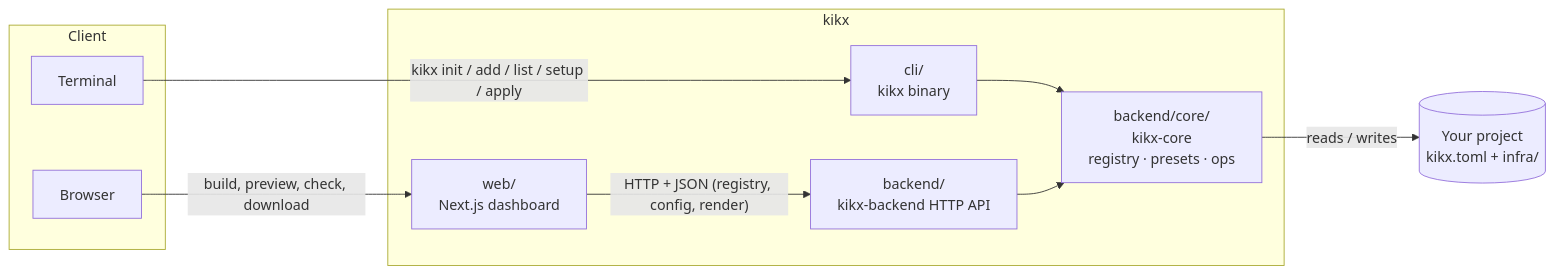
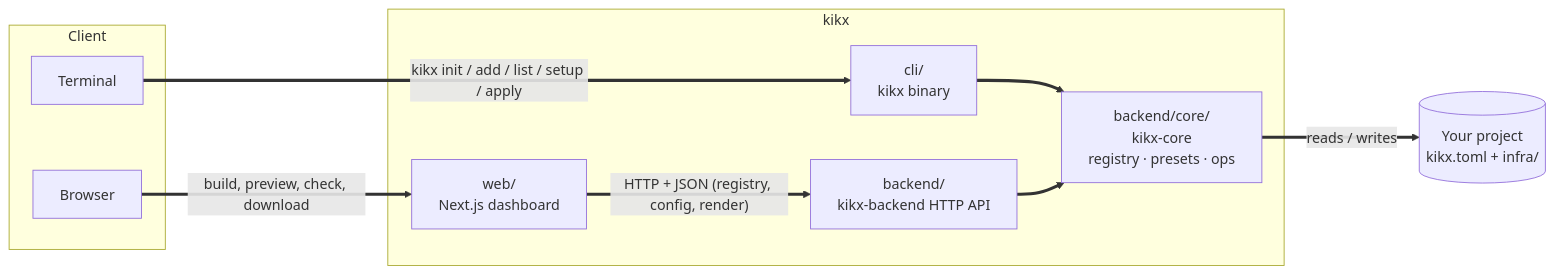
The diagram in README.md (yokwejuste/kikx), drawn with Mermaid before and after one commit. The commit also changed other lines of this file and 59 other files, not shown here.

````diff
--- a/README.md
+++ b/README.md
@@ -234,23 +233,23 @@
 ```mermaid
 flowchart LR
     subgraph Client
         Term["Terminal"]
         Browser["Browser"]
     end
 
     subgraph kikx
         CLI["cli/\nkikx binary"]
         Web["web/\nNext.js dashboard"]
         Backend["backend/\nkikx-backend HTTP API"]
         Core["backend/core/\nkikx-core\nregistry · presets · ops"]
     end
 
     Disk[("Your project\nkikx.toml + infra/")]
 
-    Term -- "kikx init / add / list / setup / apply" --> CLI
-    Browser -- "build, preview, check, download" --> Web
-    Web -- "HTTP + JSON (registry, config, render)" --> Backend
-    CLI --> Core
-    Backend --> Core
-    Core -- "reads / writes" --> Disk
+    Term ==>|"kikx init / add / list / setup / apply"| CLI
+    Browser ==>|"build, preview, check, download"| Web
+    Web ==>|"HTTP + JSON (registry, config, render)"| Backend
+    CLI ==> Core
+    Backend ==> Core
+    Core ==>|"reads / writes"| Disk
 ```
````
